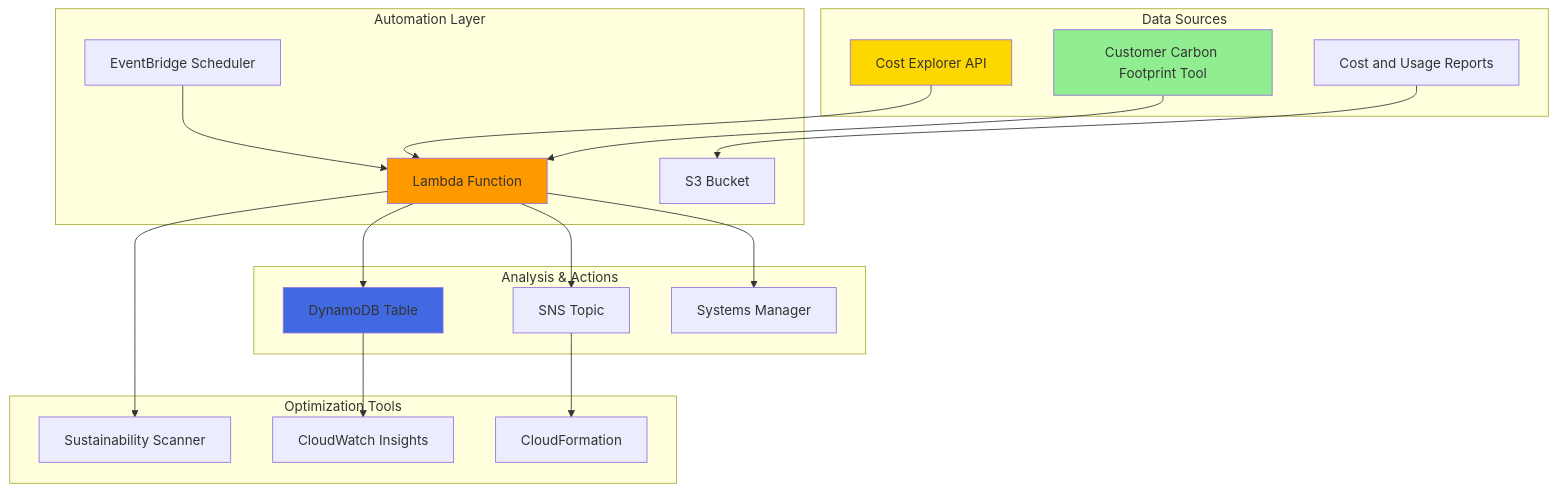
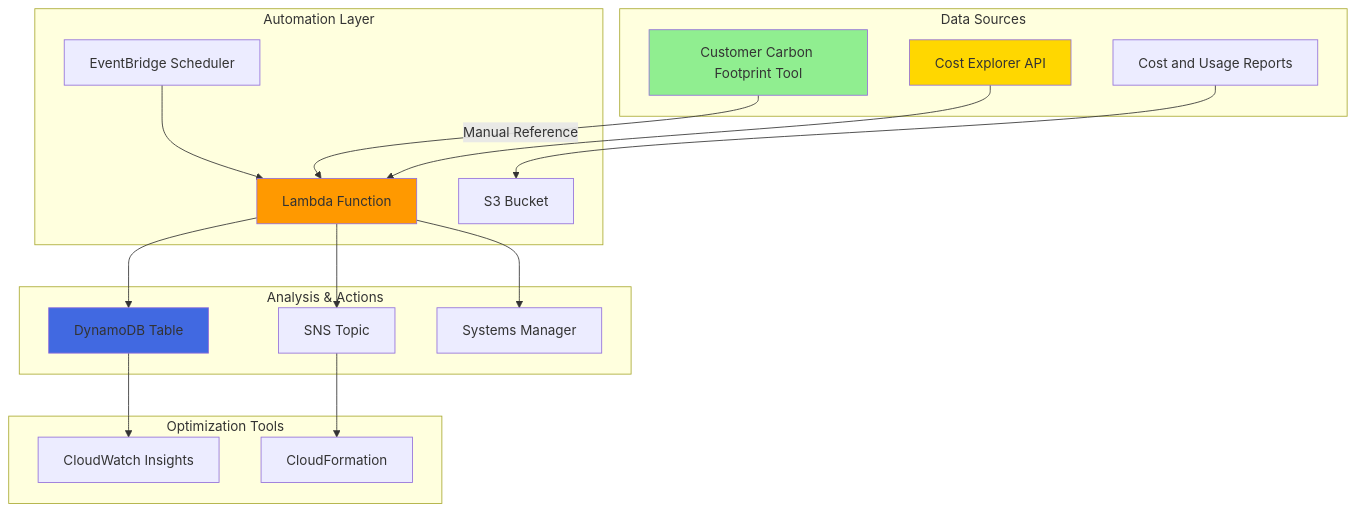
The diagram in aws/carbon-footprint-optimization/carbon-footprint-optimization.md (mzazon/awesome-cloud-projects), drawn with Mermaid before and after one commit. The commit also changed other lines of this file and 5581 other files, not shown here.

````diff
--- a/aws/carbon-footprint-optimization/carbon-footprint-optimization.md
+++ b/aws/carbon-footprint-optimization/carbon-footprint-optimization.md
@@ -30,42 +30,40 @@
 ```mermaid
 graph TB
     subgraph "Data Sources"
-        CCFT[Customer Carbon Footprint Tool]
         CE[Cost Explorer API]
         CUR[Cost and Usage Reports]
+        CCFT[Customer Carbon Footprint Tool]
     end
     
     subgraph "Automation Layer"
         EB[EventBridge Scheduler]
         LF[Lambda Function]
         S3[S3 Bucket]
     end
     
     subgraph "Analysis & Actions"
         DDB[DynamoDB Table]
         SNS[SNS Topic]
         SSM[Systems Manager]
     end
     
     subgraph "Optimization Tools"
-        SS[Sustainability Scanner]
         CW[CloudWatch Insights]
         CFT[CloudFormation]
     end
     
-    CCFT-->LF
     CE-->LF
     CUR-->S3
+    CCFT-->|Manual Reference|LF
     EB-->LF
     LF-->DDB
     LF-->SNS
     LF-->SSM
-    LF-->SS
     DDB-->CW
     SNS-->CFT
     
-    style CCFT fill:#90EE90
     style CE fill:#FFD700
     style LF fill:#FF9900
     style DDB fill:#4169E1
+    style CCFT fill:#90EE90
 ```
````
